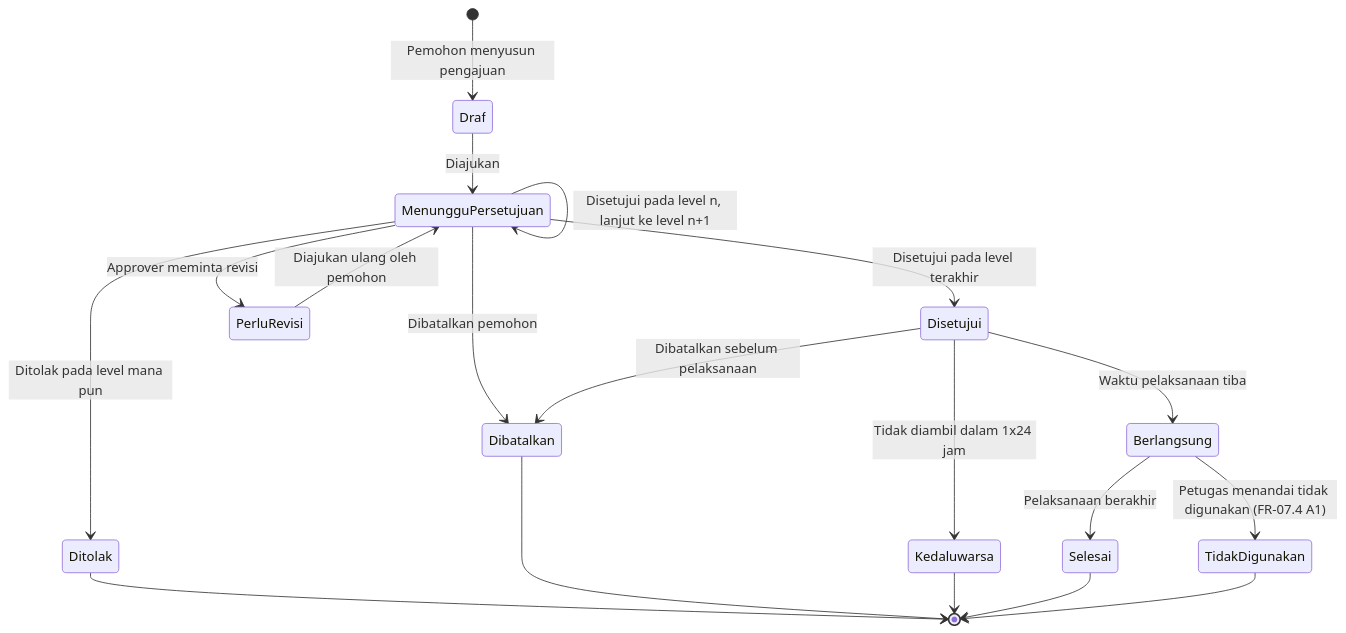
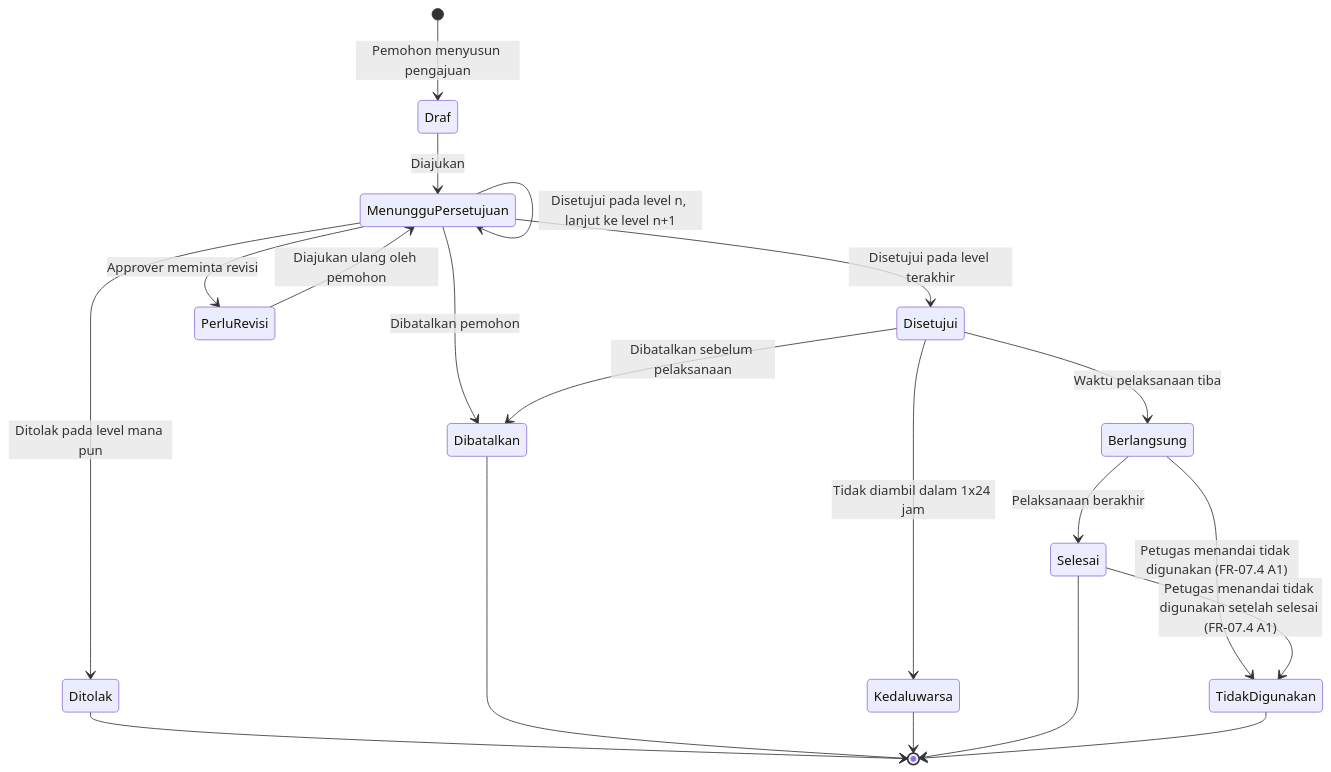
The third of 5 diagrams in docs/PRD/03-architecture/system-overview.md (HanzzzBD/SIGM4), drawn with Mermaid before and after one commit. The commit also changed 28 other files, not shown here.

````diff
--- a/docs/PRD/03-architecture/system-overview.md
+++ b/docs/PRD/03-architecture/system-overview.md
@@ -89,21 +89,22 @@
 ```mermaid
 stateDiagram-v2
     [*] --> Draf: Pemohon menyusun pengajuan
     Draf --> MenungguPersetujuan: Diajukan
     MenungguPersetujuan --> MenungguPersetujuan: Disetujui pada level n, lanjut ke level n+1
     MenungguPersetujuan --> Disetujui: Disetujui pada level terakhir
     MenungguPersetujuan --> Ditolak: Ditolak pada level mana pun
     MenungguPersetujuan --> PerluRevisi: Approver meminta revisi
     PerluRevisi --> MenungguPersetujuan: Diajukan ulang oleh pemohon
     MenungguPersetujuan --> Dibatalkan: Dibatalkan pemohon
     Disetujui --> Dibatalkan: Dibatalkan sebelum pelaksanaan
     Disetujui --> Kedaluwarsa: Tidak diambil dalam 1x24 jam
     Disetujui --> Berlangsung: Waktu pelaksanaan tiba
     Berlangsung --> Selesai: Pelaksanaan berakhir
     Berlangsung --> TidakDigunakan: Petugas menandai tidak digunakan (FR-07.4 A1)
+    Selesai --> TidakDigunakan: Petugas menandai tidak digunakan setelah selesai (FR-07.4 A1)
     Ditolak --> [*]
     Dibatalkan --> [*]
     Kedaluwarsa --> [*]
     Selesai --> [*]
     TidakDigunakan --> [*]
 ```
````
